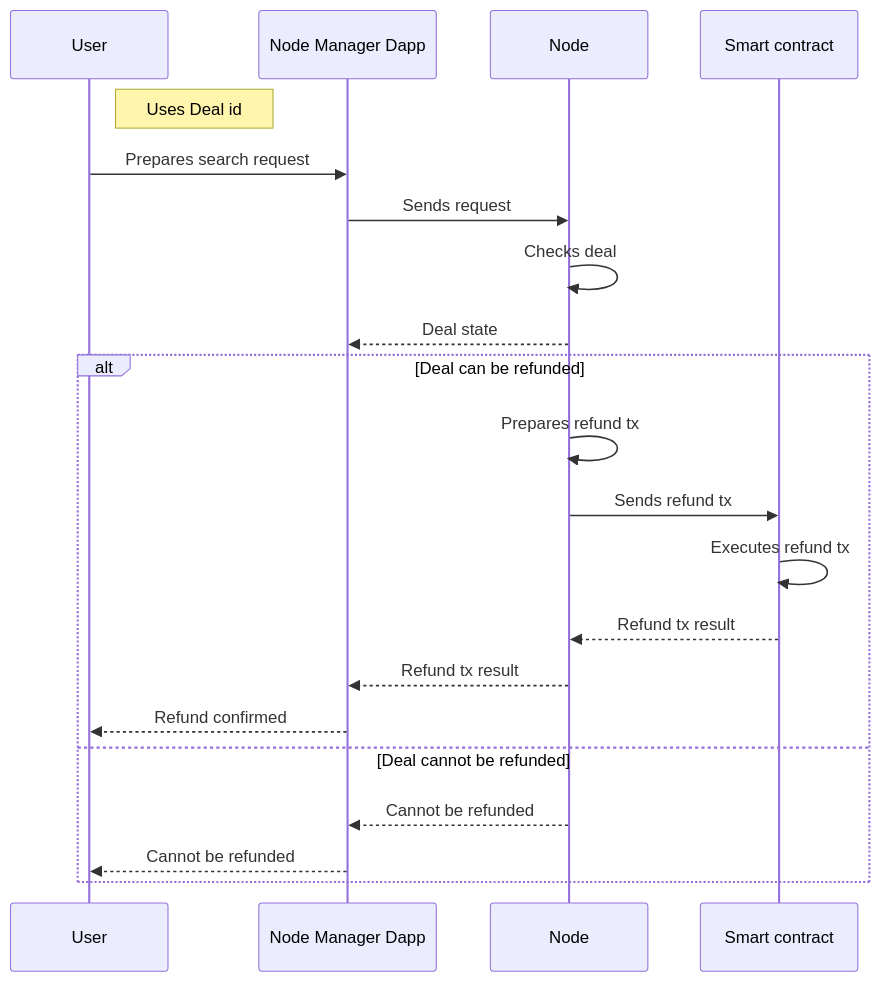
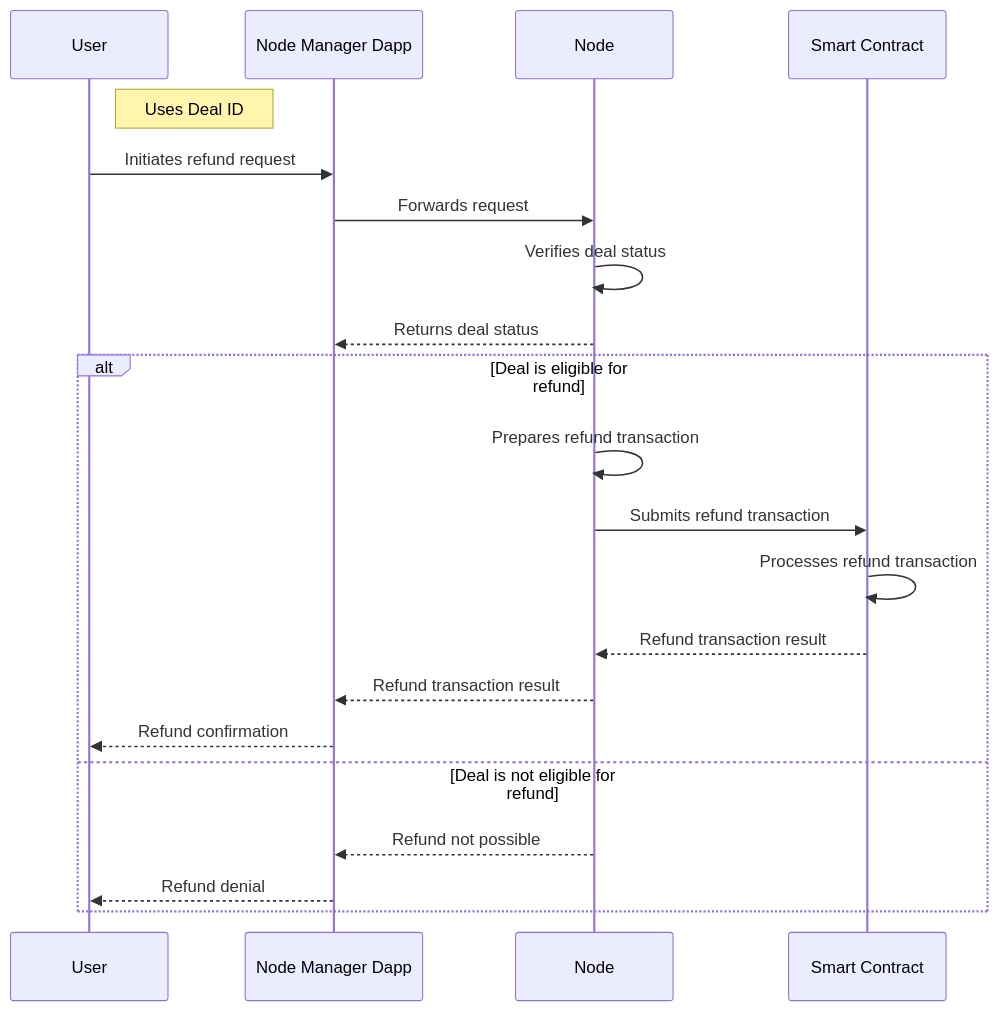
Diagram 11 of 14 in docs/architecture.md (windingtree/mvp), drawn with Mermaid before and after one commit. The commit also changed other lines of this file and 1 other file, not shown here.

Commit message:
docs: ✏️ Added the MVP architecture document

````diff
--- a/docs/architecture.md
+++ b/docs/architecture.md
@@ -417,25 +369,25 @@
 ```mermaid
 sequenceDiagram
   participant user as User
   participant manager as Node Manager Dapp
   participant node as Node
-  participant contract as Smart contract
+  participant contract as Smart Contract
 
-  Note right of user: Uses Deal id
-  user->>manager: Prepares search request
-  manager->>node: Sends request
-  node->>node: Checks deal
-  node-->>manager: Deal state
+  Note right of user: Uses Deal ID
+  user->>manager: Initiates refund request
+  manager->>node: Forwards request
+  node->>node: Verifies deal status
+  node-->>manager: Returns deal status
 
-  alt Deal can be refunded
-    node->>node: Prepares refund tx
-    node->>contract: Sends refund tx
-    contract->>contract: Executes refund tx
-    contract-->>node: Refund tx result
-    node-->>manager: Refund tx result
-    manager-->>user: Refund confirmed
-  else Deal cannot be refunded
-    node-->>manager: Cannot be refunded
-    manager-->>user: Cannot be refunded
+  alt Deal is eligible for refund
+    node->>node: Prepares refund transaction
+    node->>contract: Submits refund transaction
+    contract->>contract: Processes refund transaction
+    contract-->>node: Refund transaction result
+    node-->>manager: Refund transaction result
+    manager-->>user: Refund confirmation
+  else Deal is not eligible for refund
+    node-->>manager: Refund not possible
+    manager-->>user: Refund denial
   end
 ```
````
